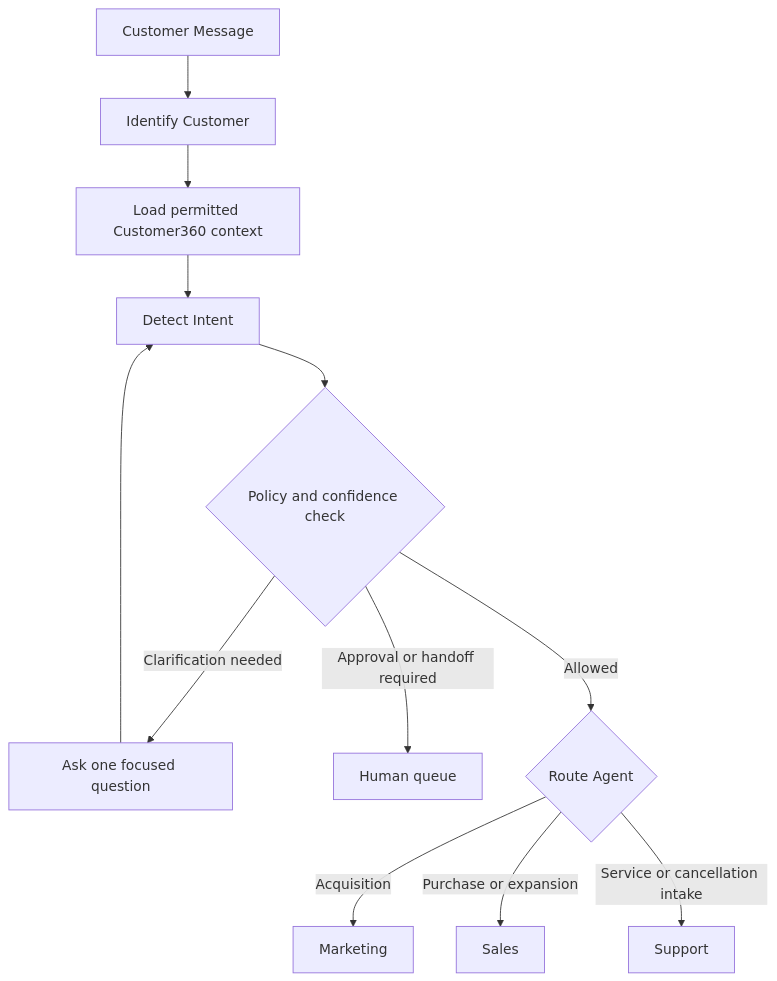
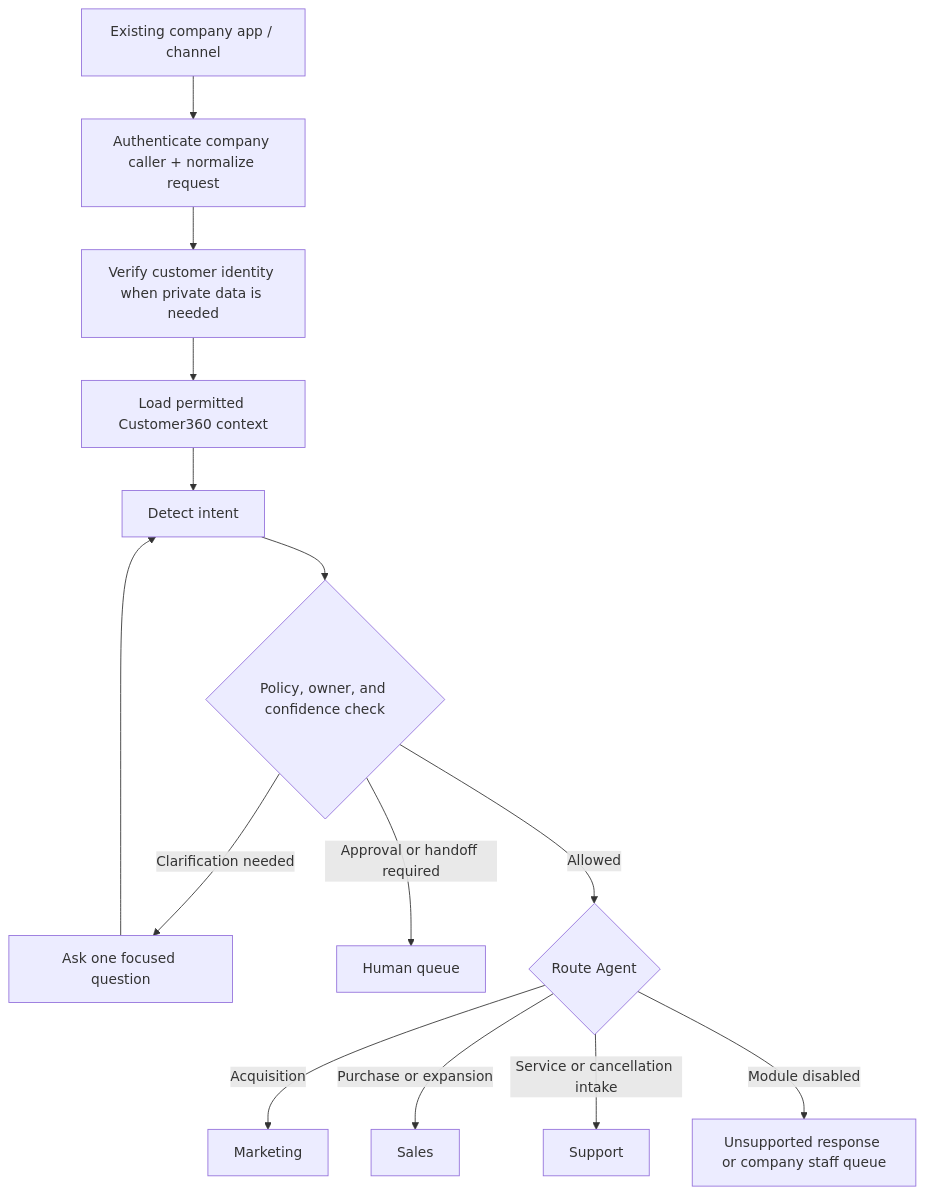
One commit to phongka79d/agent_solution changed the first of 2 diagrams in plans/platform/architecture.md. Above: the diagram before and after it, drawn with Mermaid. The commit also changed other lines of this file and 15 other files, not shown here.

First line of the commit message:
Enhance documentation across multiple modules with detailed sales flow, glossary, and API integration updates

````diff
--- a/plans/platform/architecture.md
+++ b/plans/platform/architecture.md
@@ -15,14 +15,16 @@
 ```mermaid
 flowchart TD
-    Message["Customer Message"] --> Identify["Identify Customer"]
+    App["Existing company app / channel"] --> Auth["Authenticate company caller + normalize request"]
+    Auth --> Identify["Verify customer identity when private data is needed"]
     Identify --> Load["Load permitted Customer360 context"]
-    Load --> Intent["Detect Intent"]
-    Intent --> Policy{"Policy and confidence check"}
+    Load --> Intent["Detect intent"]
+    Intent --> Policy{"Policy, owner, and confidence check"}
     Policy -->|Clarification needed| Clarify["Ask one focused question"]
     Clarify --> Intent
     Policy -->|Approval or handoff required| Human["Human queue"]
     Policy -->|Allowed| Route{"Route Agent"}
     Route -->|Acquisition| Marketing["Marketing"]
     Route -->|Purchase or expansion| Sales["Sales"]
     Route -->|Service or cancellation intake| Support["Support"]
+    Route -->|Module disabled| Unsupported["Unsupported response or company staff queue"]
 ```
````
